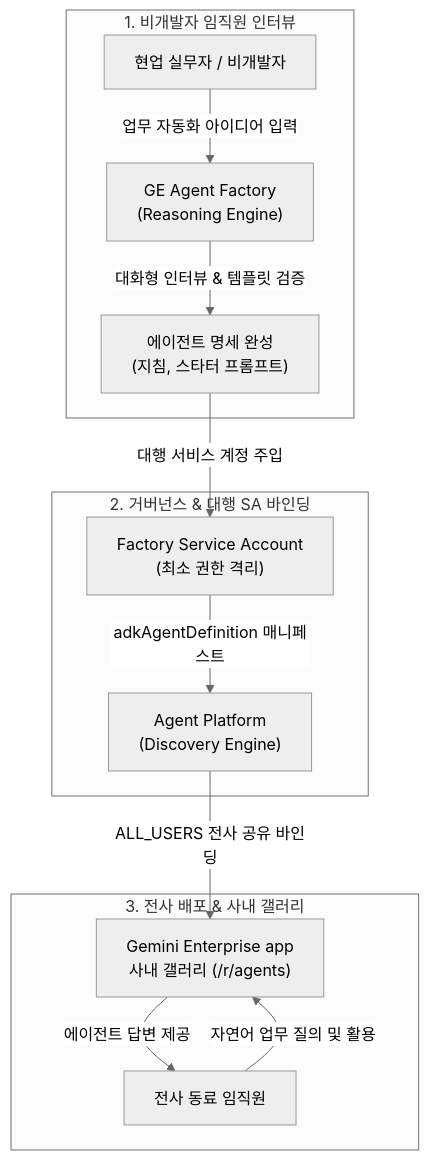
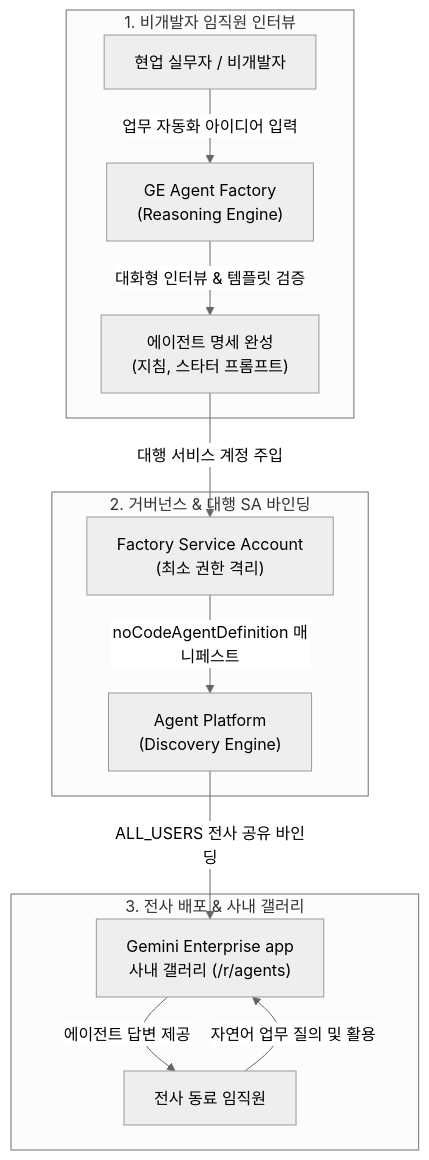
The diagram in samples/gemini-enterprise-copilot-agent/README.md (jiangjun-forge/google-cloud-0-to-1), drawn with Mermaid (neutral theme) before and after one commit. The commit also changed 4 other files, not shown here.

````diff
--- a/samples/gemini-enterprise-copilot-agent/README.md
+++ b/samples/gemini-enterprise-copilot-agent/README.md
@@ -95,18 +95,18 @@
 ```mermaid
 flowchart TB
     subgraph UserPhase["1. 비개발자 임직원 인터뷰"]
         User["현업 실무자 / 비개발자"] -->|"업무 자동화 아이디어 입력"| Factory["GE Agent Factory<br/>(Reasoning Engine)"]
         Factory -->|"대화형 인터뷰 & 템플릿 검증"| Spec["에이전트 명세 완성<br/>(지침, 스타터 프롬프트)"]
     end
 
     subgraph Governance["2. 거버넌스 & 대행 SA 바인딩"]
         Spec -->|"대행 서비스 계정 주입"| SA["Factory Service Account<br/>(최소 권한 격리)"]
-        SA -->|"adkAgentDefinition 매니페스트"| Engine["Agent Platform<br/>(Discovery Engine)"]
+        SA -->|"noCodeAgentDefinition 매니페스트"| Engine["Agent Platform<br/>(Discovery Engine)"]
     end
 
     subgraph Distribution["3. 전사 배포 & 사내 갤러리"]
         Engine -->|"ALL_USERS 전사 공유 바인딩"| Gallery["Gemini Enterprise app<br/>사내 갤러리 (/r/agents)"]
         CorpUsers["전사 동료 임직원"] -->|"자연어 업무 질의 및 활용"| Gallery
         Gallery -->|"에이전트 답변 제공"| CorpUsers
     end
 ```
````
